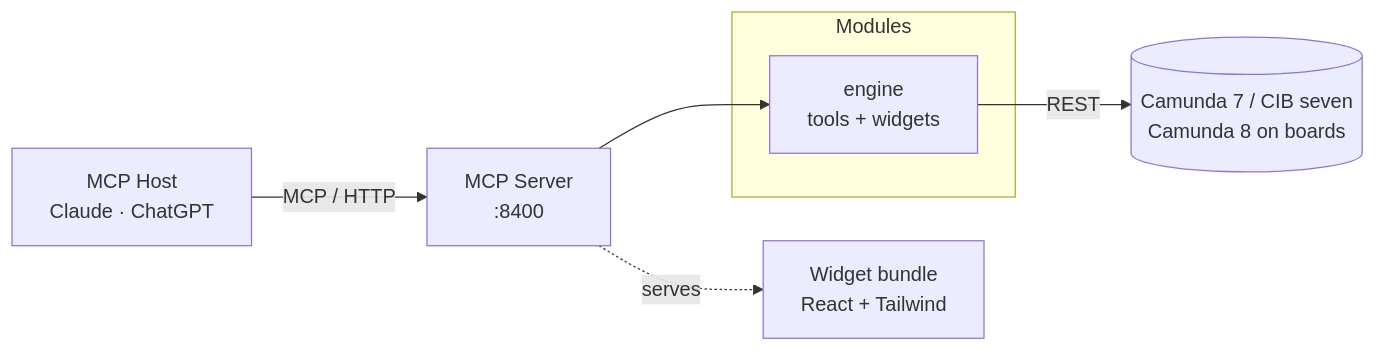
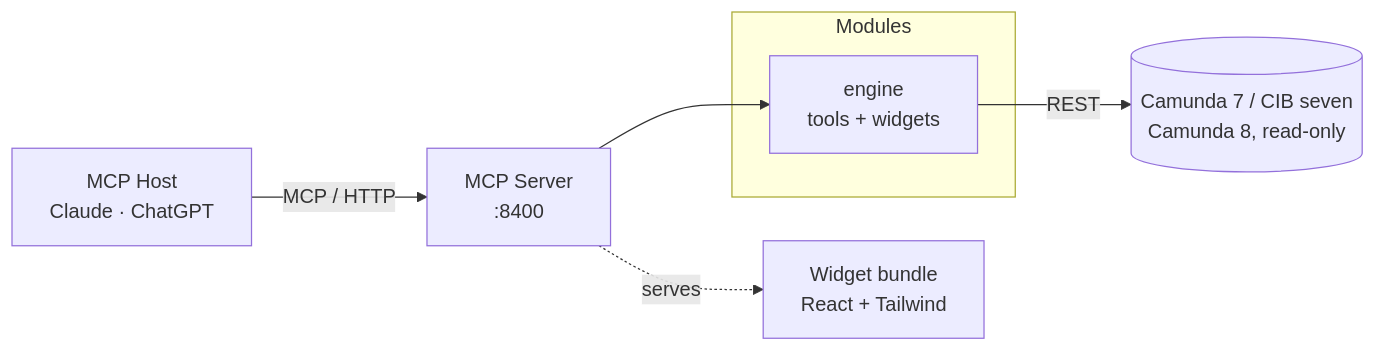
Before and after one commit to Miragon/pulse: the diagram in docs/mcp/architecture.md, drawn with Mermaid. The commit also changed 176 other files, not shown here.

````diff
--- a/docs/mcp/architecture.md
+++ b/docs/mcp/architecture.md
@@ -8,14 +8,14 @@
 ```mermaid
 flowchart LR
   Host[MCP Host<br/>Claude · ChatGPT] -->|MCP / HTTP| Server[MCP Server<br/>:8400]
 
   subgraph Modules
     EngineModule[engine<br/>tools + widgets]
   end
 
   Server --> EngineModule
 
-  EngineModule -->|REST| Engine[(Camunda 7 / CIB seven<br/>Camunda 8 on boards)]
+  EngineModule -->|REST| Engine[(Camunda 7 / CIB seven<br/>Camunda 8, read-only)]
 
   Server -. serves .-> Widgets[Widget bundle<br/>React + Tailwind]
 ```
````
